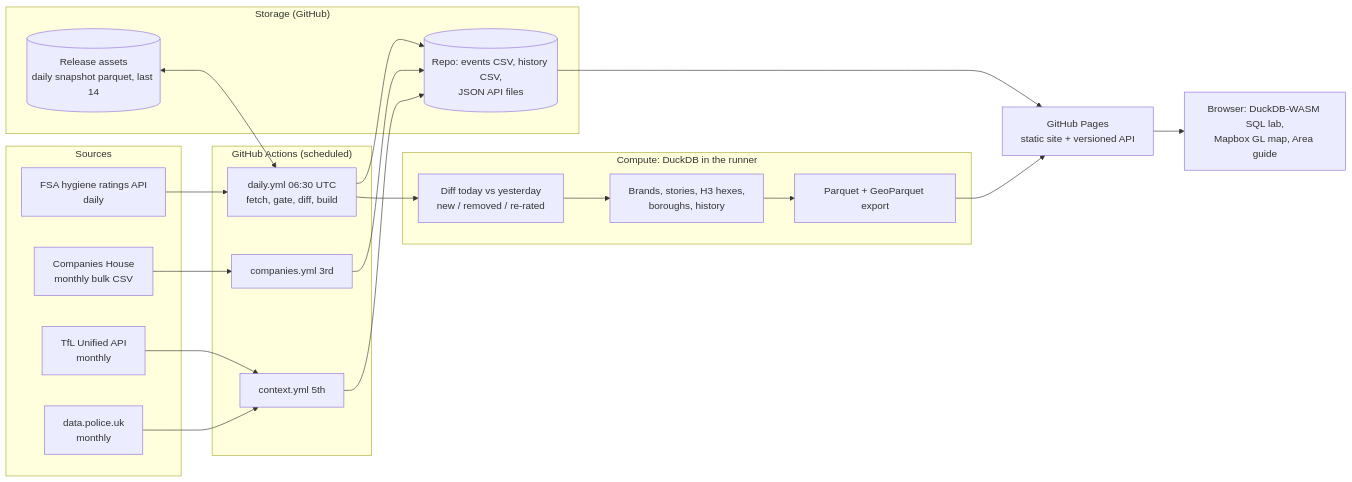
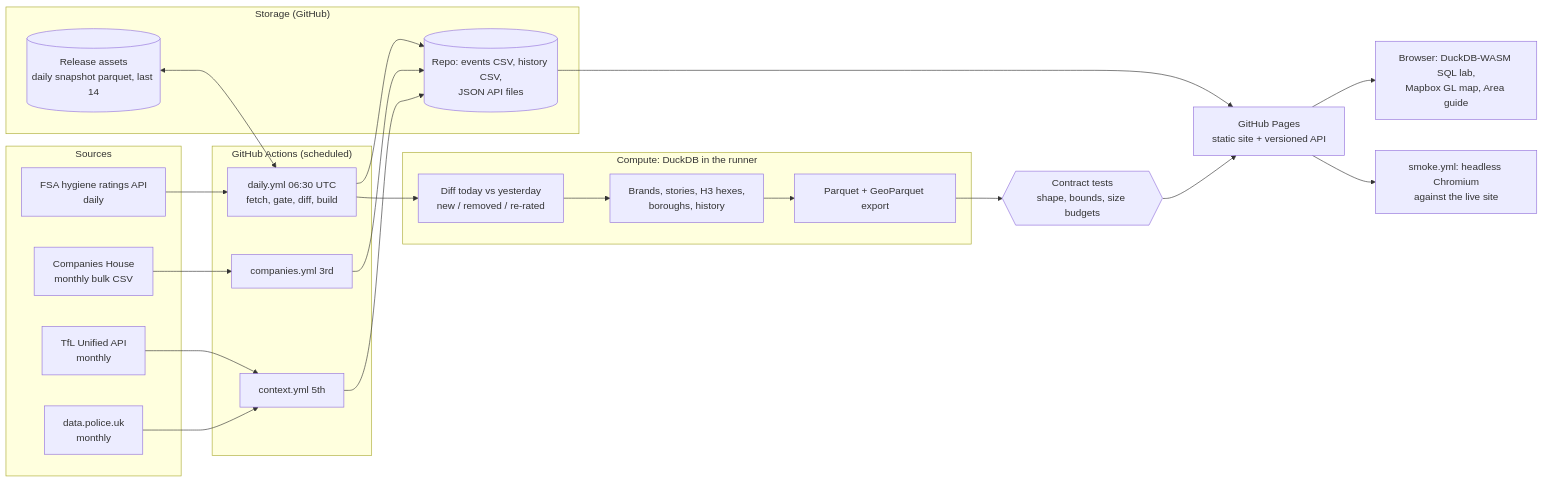
The diagram in docs/ARCHITECTURE.md (cloudcruncher/london-pulse), drawn with Mermaid before and after one commit. The commit also changed other lines of this file, not shown here.

Commit message:
docs: architecture update (geocoding, contract gate, smoke test, security posture)

````diff
--- a/docs/ARCHITECTURE.md
+++ b/docs/ARCHITECTURE.md
@@ -9,42 +9,45 @@
 ```mermaid
 flowchart LR
   subgraph Sources
     FSA[FSA hygiene ratings API<br/>daily]
     CH[Companies House<br/>monthly bulk CSV]
     TFL[TfL Unified API<br/>monthly]
     POL[data.police.uk<br/>monthly]
   end
 
   subgraph "GitHub Actions (scheduled)"
     D[daily.yml 06:30 UTC<br/>fetch, gate, diff, build]
     C[companies.yml 3rd]
     X[context.yml 5th]
   end
 
   subgraph "Storage (GitHub)"
     SNAP[(Release assets<br/>daily snapshot parquet, last 14)]
     REPO[(Repo: events CSV, history CSV,<br/>JSON API files)]
   end
 
   subgraph "Compute: DuckDB in the runner"
     DIFF[Diff today vs yesterday<br/>new / removed / re-rated]
     MODEL[Brands, stories, H3 hexes,<br/>boroughs, history]
     PQ[Parquet + GeoParquet export]
   end
 
+  GATE{{Contract tests<br/>shape, bounds, size budgets}}
   PAGES[GitHub Pages<br/>static site + versioned API]
+  SMOKE[smoke.yml: headless Chromium<br/>against the live site]
   BROWSER[Browser: DuckDB-WASM SQL lab,<br/>Mapbox GL map, Area guide]
 
   FSA --> D
   CH --> C
   TFL --> X
   POL --> X
   D --> DIFF --> MODEL --> PQ
   SNAP <--> D
   D --> REPO
   C --> REPO
   X --> REPO
-  PQ --> PAGES
+  PQ --> GATE --> PAGES
   REPO --> PAGES
+  PAGES --> SMOKE
   PAGES --> BROWSER
 ```
````
